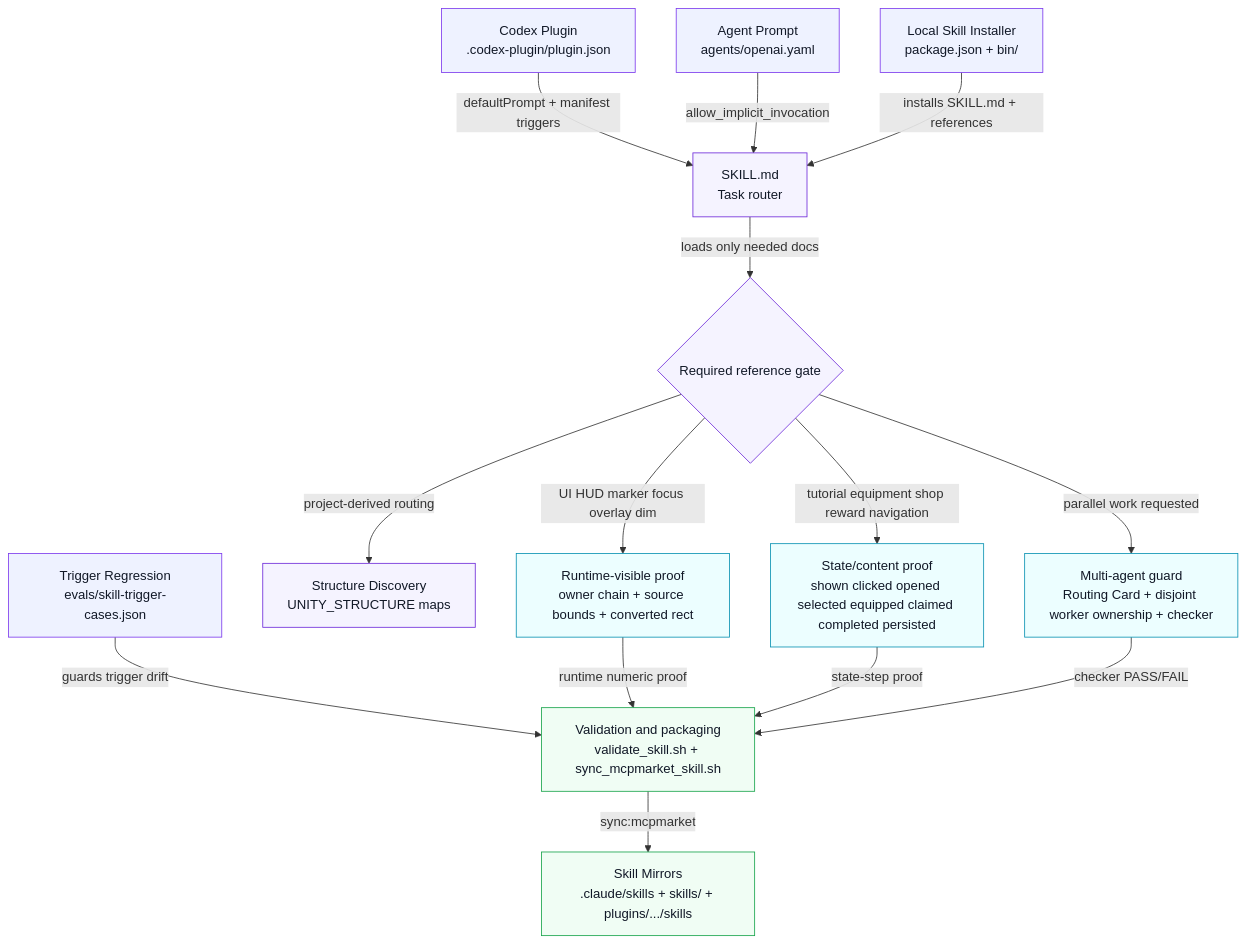
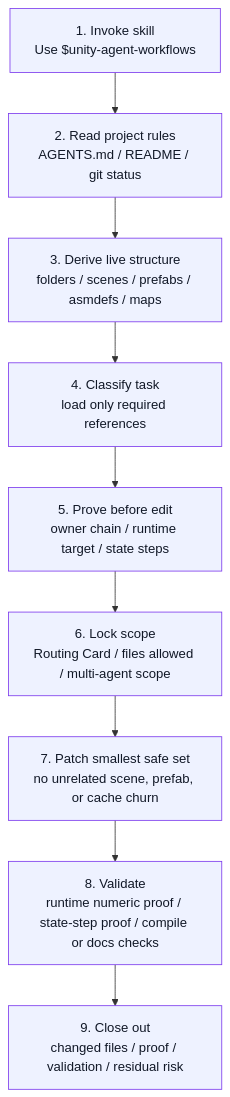
Before and after one commit to AUN-PN/unity-agent-workflows: the diagram in README.md, drawn with Mermaid. The commit also changed other lines of this file and 2 other files, not shown here.

Commit message:
Refine README architecture overview steps

````diff
--- a/README.md
+++ b/README.md
@@ -47,41 +47,17 @@
 ```mermaid
 flowchart TD
-    plugin["Codex Plugin<br/>.codex-plugin/plugin.json"]
-    agent["Agent Prompt<br/>agents/openai.yaml"]
-    npm["Local Skill Installer<br/>package.json + bin/"]
-    evals["Trigger Regression<br/>evals/skill-trigger-cases.json"]
+    step1["1. Invoke skill<br/>Use $unity-agent-workflows"]
+    step2["2. Read project rules<br/>AGENTS.md / README / git status"]
+    step3["3. Derive live structure<br/>folders / scenes / prefabs / asmdefs / maps"]
+    step4["4. Classify task<br/>load only required references"]
+    step5["5. Prove before edit<br/>owner chain / runtime target / state steps"]
+    step6["6. Lock scope<br/>Routing Card / files allowed / multi-agent scope"]
+    step7["7. Patch smallest safe set<br/>no unrelated scene, prefab, or cache churn"]
+    step8["8. Validate<br/>runtime numeric proof / state-step proof / compile or docs checks"]
+    step9["9. Close out<br/>changed files / proof / validation / residual risk"]
 
-    router["SKILL.md<br/>Task router"]
-    refs{"Required reference gate"}
-    maps["Structure Discovery<br/>UNITY_STRUCTURE maps"]
-    runtime["Runtime-visible proof<br/>owner chain + source bounds + converted rect"]
-    state["State/content proof<br/>shown clicked opened selected equipped claimed completed persisted"]
-    multi["Multi-agent guard<br/>Routing Card + disjoint worker ownership + checker"]
-    validate["Validation and packaging<br/>validate_skill.sh + sync_mcpmarket_skill.sh"]
-    mirrors["Skill Mirrors<br/>.claude/skills + skills/ + plugins/.../skills"]
+    step1 --> step2 --> step3 --> step4 --> step5 --> step6 --> step7 --> step8 --> step9
 
-    plugin -->|defaultPrompt + manifest triggers| router
-    agent -->|allow_implicit_invocation| router
-    npm -->|installs SKILL.md + references| router
-    evals -->|guards trigger drift| validate
-
-    router -->|loads only needed docs| refs
-    refs -->|project-derived routing| maps
-    refs -->|UI HUD marker focus overlay dim| runtime
-    refs -->|tutorial equipment shop reward navigation| state
-    refs -->|parallel work requested| multi
-
-    runtime -->|runtime numeric proof| validate
-    state -->|state-step proof| validate
-    multi -->|checker PASS/FAIL| validate
-    validate -->|sync:mcpmarket| mirrors
-
-    classDef surface fill:#eef2ff,stroke:#7c3aed,color:#111827;
-    classDef gate fill:#f5f3ff,stroke:#6d28d9,color:#111827;
-    classDef proof fill:#ecfeff,stroke:#0891b2,color:#111827;
-    classDef validation fill:#f0fdf4,stroke:#16a34a,color:#111827;
-    class plugin,agent,npm,evals surface;
-    class router,refs,maps gate;
-    class runtime,state,multi proof;
-    class validate,mirrors validation;
+    classDef step fill:#eef2ff,stroke:#7c3aed,color:#111827;
+    class step1,step2,step3,step4,step5,step6,step7,step8,step9 step;
 ```
````
